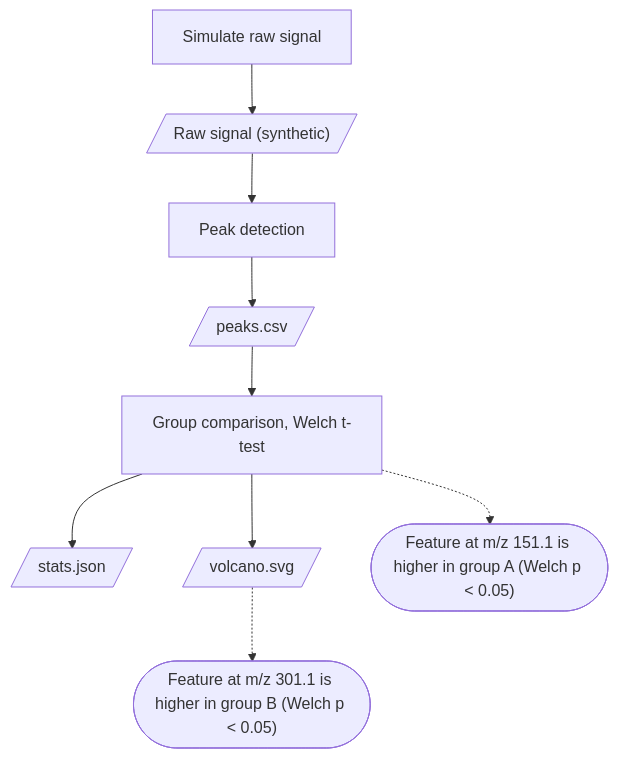
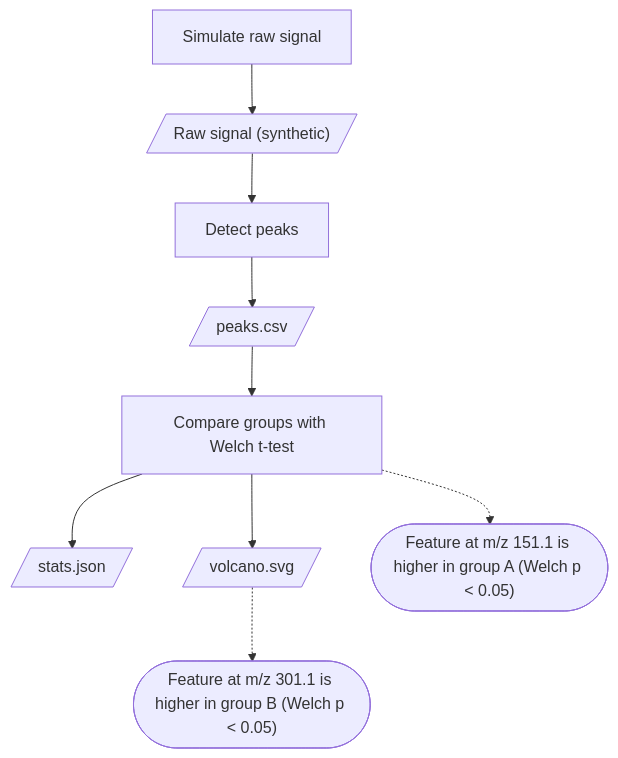
One commit to qchiujunhao/whatran changed the diagram in examples/recorded-demo/analysis/graph.md. Above: the diagram before and after it, drawn with Mermaid. The commit also changed other lines of this file and 13 other files, not shown here.

````diff
--- a/examples/recorded-demo/analysis/graph.md
+++ b/examples/recorded-demo/analysis/graph.md
@@ -5,20 +5,20 @@
 ```mermaid
 flowchart TD
   n0[/"Raw signal (synthetic)"/]
   n1["Simulate raw signal"]
   n4[/"peaks.csv"/]
-  n5["Peak detection"]
+  n5["Detect peaks"]
   n6[/"stats.json"/]
   n7[/"volcano.svg"/]
-  n8["Group comparison, Welch t-test"]
+  n8["Compare groups with Welch t-test"]
   n9(["Feature at m/z 301.1 is higher in group B (Welch p < 0.05)"])
   n10(["Feature at m/z 151.1 is higher in group A (Welch p < 0.05)"])
   n1 --> n0
   n0 --> n5
   n5 --> n4
   n4 --> n8
   n8 --> n6
   n8 --> n7
   n7 -.-> n9
   n8 -.-> n10
 ```
````
